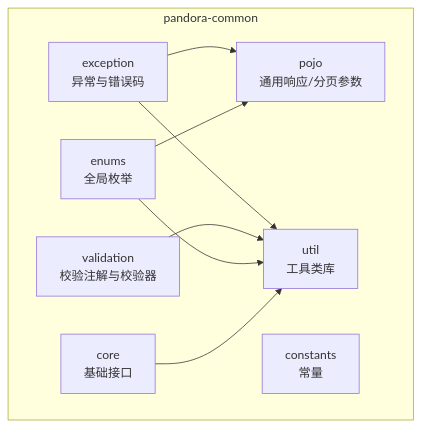
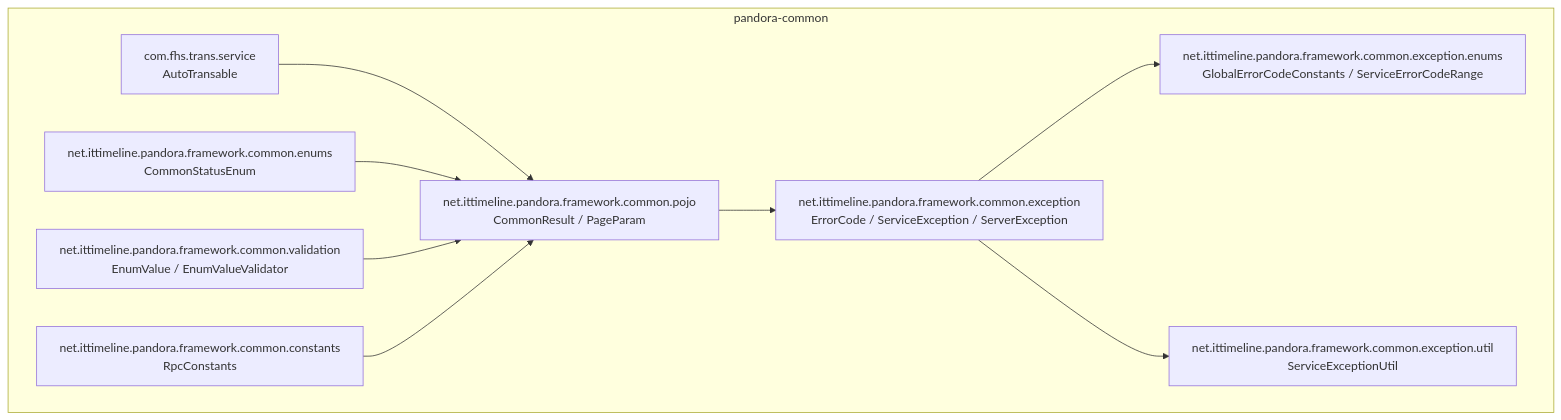
The first of 5 diagrams in .qoder/repowiki/zh/content/核心模块/核心模块.md (guanglei93/pandora-cloud), drawn with Mermaid before and after one commit. The commit also changed other lines of this file and 110 other files, not shown here.

````diff
--- a/.qoder/repowiki/zh/content/核心模块/核心模块.md
+++ b/.qoder/repowiki/zh/content/核心模块/核心模块.md
@@ -51,18 +54,20 @@
 ```mermaid
 graph TB
 subgraph "pandora-common"
-E["exception<br/>异常与错误码"]
-P["pojo<br/>通用响应/分页参数"]
-U["util<br/>工具类库"]
-V["validation<br/>校验注解与校验器"]
-N["enums<br/>全局枚举"]
-C["constants<br/>常量"]
-K["core<br/>基础接口"]
+A["com.fhs.trans.service<br/>AutoTransable"]
+B["net.ittimeline.pandora.framework.common.pojo<br/>CommonResult / PageParam"]
+C["net.ittimeline.pandora.framework.common.exception<br/>ErrorCode / ServiceException / ServerException"]
+D["net.ittimeline.pandora.framework.common.exception.enums<br/>GlobalErrorCodeConstants / ServiceErrorCodeRange"]
+E["net.ittimeline.pandora.framework.common.exception.util<br/>ServiceExceptionUtil"]
+F["net.ittimeline.pandora.framework.common.enums<br/>CommonStatusEnum"]
+G["net.ittimeline.pandora.framework.common.validation<br/>EnumValue / EnumValueValidator"]
+H["net.ittimeline.pandora.framework.common.constants<br/>RpcConstants"]
 end
-E --> P
-E --> U
-V --> U
-N --> P
-N --> U
-K --> U
+A --> B
+B --> C
+C --> D
+C --> E
+F --> B
+G --> B
+H --> B
 ```
````
